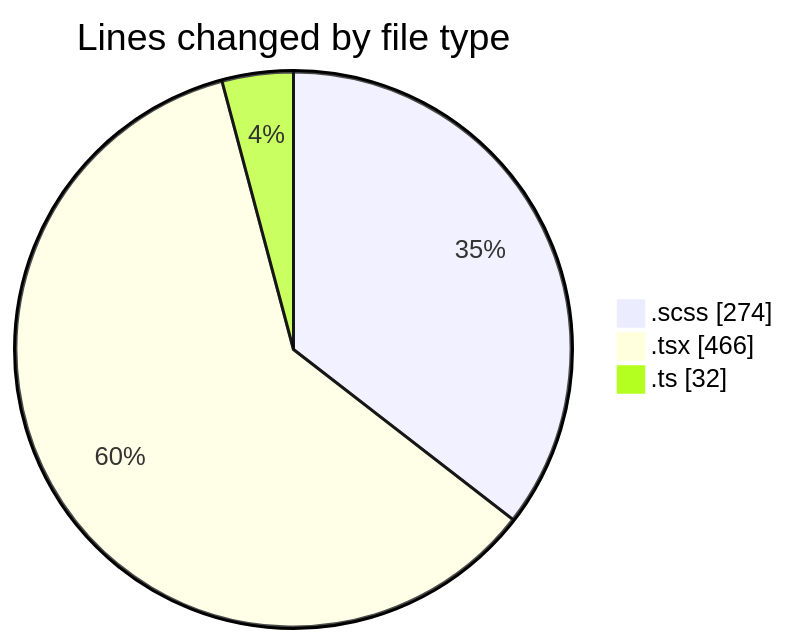
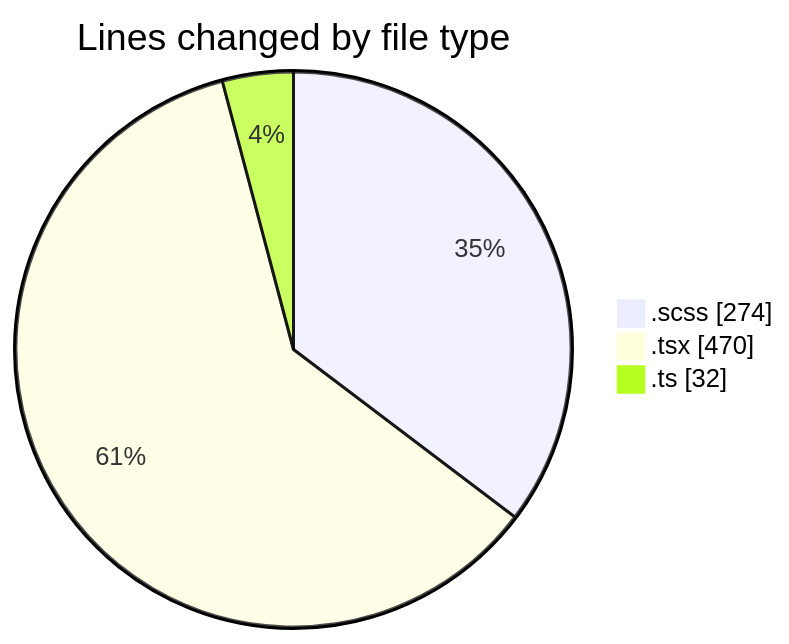
One commit to momahboobian/code-tracking changed the first of 2 diagrams in 2025-03-04/cda/README.md. Above: the diagram before and after it, drawn with Mermaid. The commit also changed other lines of this file and 1 other file, not shown here.

````diff
--- a/2025-03-04/cda/README.md
+++ b/2025-03-04/cda/README.md
@@ -25,7 +25,7 @@
 ```mermaid
 pie showData
 title Lines changed by file type
 ".scss" : 274
-".tsx" : 466
+".tsx" : 470
 ".ts" : 32
 ```
````
